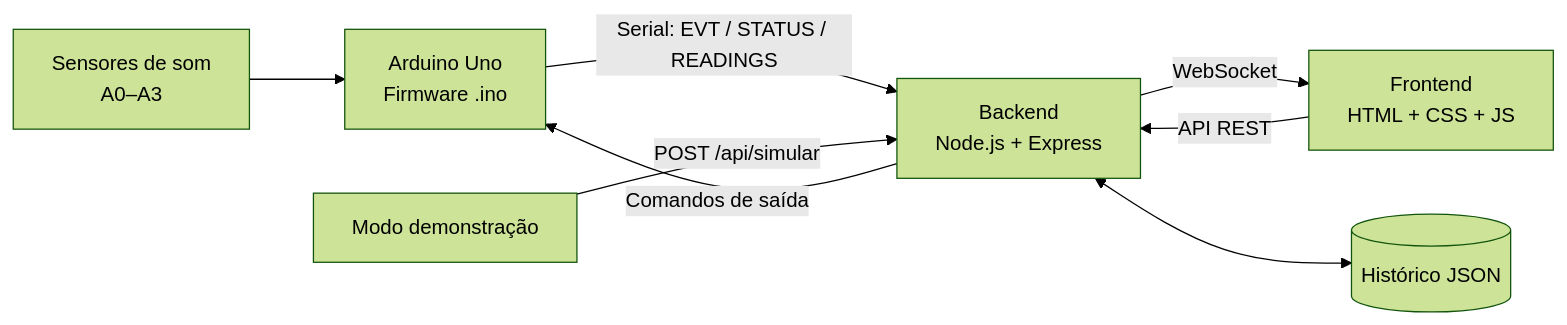
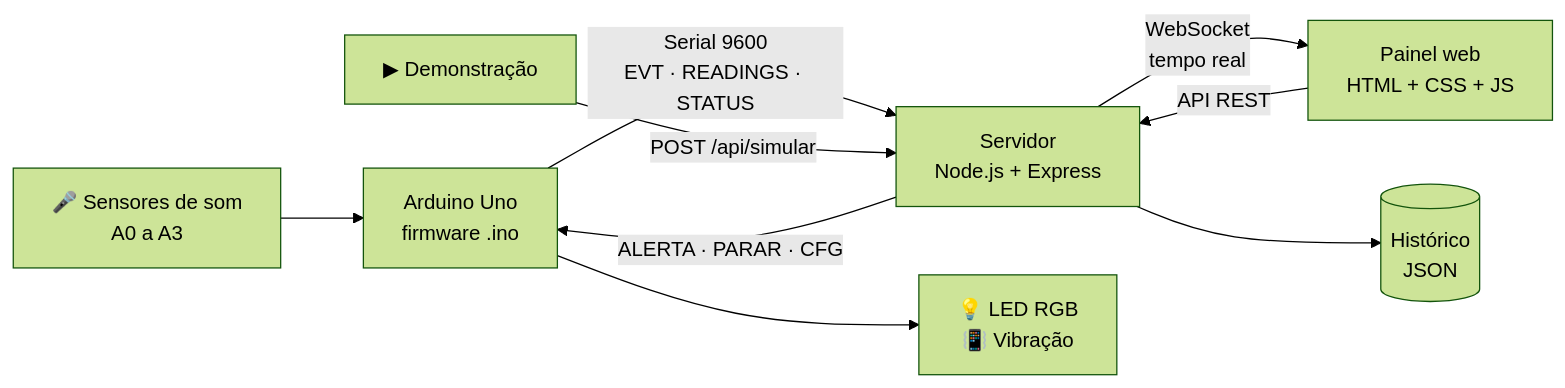
Before and after one commit to viniciusiandoli7/a3_acessibilidade: the diagram in README.md, drawn with Mermaid (forest theme). The commit also changed other lines of this file and 2 other files, not shown here.

````diff
--- a/README.md
+++ b/README.md
@@ -88,10 +99,11 @@
 ```mermaid
 flowchart LR
-    S["Sensores de som<br/>A0–A3"] --> A["Arduino Uno<br/>Firmware .ino"]
-    A -->|"Serial: EVT / STATUS / READINGS"| B["Backend<br/>Node.js + Express"]
-    B -->|"WebSocket"| F["Frontend<br/>HTML + CSS + JS"]
+    S["🎤 Sensores de som<br/>A0 a A3"] --> A["Arduino Uno<br/>firmware .ino"]
+    A -->|"Serial 9600<br/>EVT · READINGS · STATUS"| B["Servidor<br/>Node.js + Express"]
+    B -->|"WebSocket<br/>tempo real"| F["Painel web<br/>HTML + CSS + JS"]
     F -->|"API REST"| B
-    B <--> H[("Histórico JSON")]
-    B -->|"Comandos de saída"| A
-    D["Modo demonstração"] -->|"POST /api/simular"| B
+    B --> H[("Histórico<br/>JSON")]
+    B -->|"ALERTA · PARAR · CFG"| A
+    A --> L["💡 LED RGB<br/>📳 Vibração"]
+    D["▶ Demonstração"] -->|"POST /api/simular"| B
 ```
````
